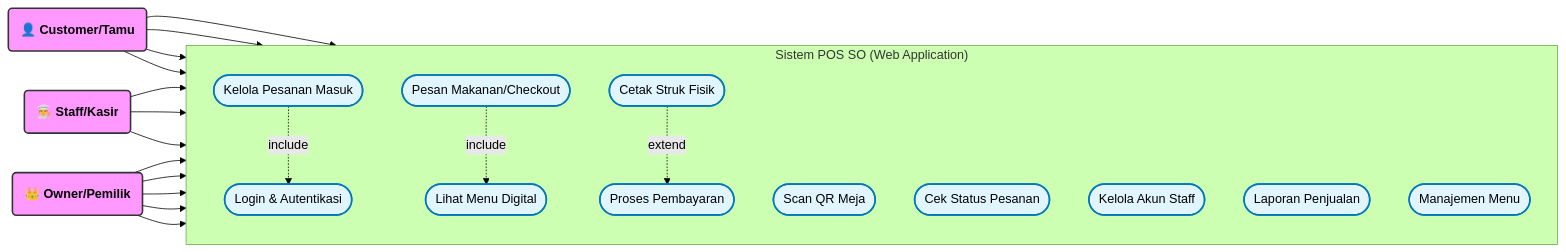
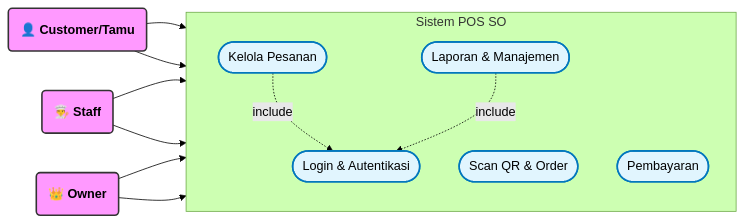
One commit to owel17/backend_restaurant changed the first of 6 diagrams in LAPORAN_PRAKTIKUM_RPL.md. Above: the diagram before and after it, drawn with Mermaid (forest theme). The commit also changed other lines of this file, not shown here.

````diff
--- a/LAPORAN_PRAKTIKUM_RPL.md
+++ b/LAPORAN_PRAKTIKUM_RPL.md
@@ -56,56 +144,29 @@
 ```mermaid
 graph LR
     %% Style Definitions
     classDef actor fill:#f9f,stroke:#333,stroke-width:2px,color:black,font-weight:bold;
     classDef usecase fill:#e1f5fe,stroke:#0277bd,stroke-width:2px,rx:10,ry:10;
-    classDef boundary fill:white,stroke:#333,stroke-width:2px,stroke-dasharray: 5 5;
 
-    subgraph "Sistem POS SO (Web Application)"
+    subgraph "Sistem POS SO"
         direction TB
         UC_Login([Login & Autentikasi]):::usecase
-        
-        %% Customer Zone
-        UC1([Scan QR Meja]):::usecase
-        UC2([Lihat Menu Digital]):::usecase
-        UC3([Pesan Makanan/Checkout]):::usecase
-        UC4([Cek Status Pesanan]):::usecase
-        
-        %% Staff Zone
-        UC5([Kelola Pesanan Masuk]):::usecase
-        UC6([Proses Pembayaran]):::usecase
-        UC7([Cetak Struk Fisik]):::usecase
-        
-        %% Owner Zone
-        UC8([Kelola Akun Staff]):::usecase
-        UC9([Laporan Penjualan]):::usecase
-        UC10([Manajemen Menu]):::usecase
+        UC1([Scan QR & Order]):::usecase
+        UC2([Kelola Pesanan]):::usecase
+        UC3([Pembayaran]):::usecase
+        UC4([Laporan & Manajemen]):::usecase
     end
 
-    %% Actors
     C(👤 Customer/Tamu):::actor
-    S(👨‍🍳 Staff/Kasir):::actor
-    O(👑 Owner/Pemilik):::actor
+    S(👨‍🍳 Staff):::actor
+    O(👑 Owner):::actor
 
-    %% Customer interactions
     C --> UC1
-    C --> UC2
     C --> UC3
-    C --> UC4
+    S --> UC2
+    S --> UC3
+    O --> UC4
+    O --> UC2
 
-    %% Staff interactions
-    S --> UC_Login
-    S --> UC5
-    S --> UC6
-    
-    %% Owner interactions
-    O --> UC_Login
-    O --> UC8
-    O --> UC9
-    O --> UC10
-    O --> UC5
-
-    %% Relasi Include/Extend
-    UC3 -.->|include| UC2
-    UC5 -.->|include| UC_Login
-    UC7 -.->|extend| UC6
+    UC2 -.->|include| UC_Login
+    UC4 -.->|include| UC_Login
 ```
````
